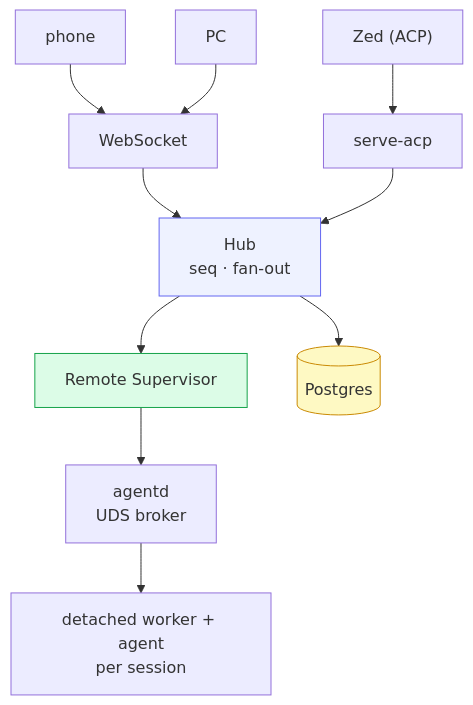
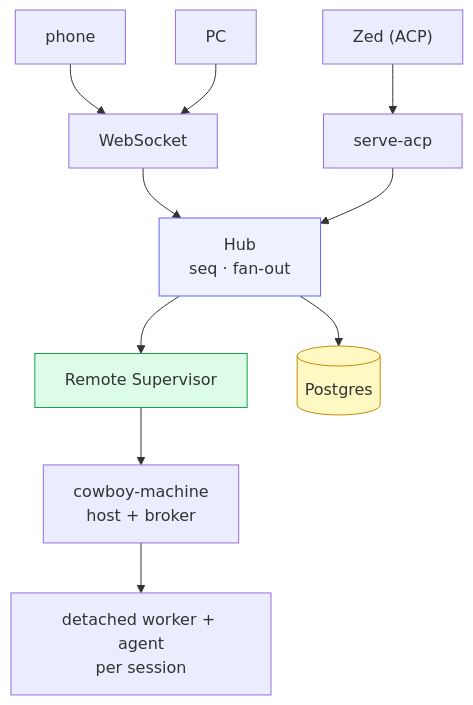
Before and after one commit to dravengarden/cowboy: the first of 2 diagrams in docs/architecture/00-overview.md, drawn with Mermaid. The commit also changed other lines of this file and 22 other files, not shown here.

````diff
--- a/docs/architecture/00-overview.md
+++ b/docs/architecture/00-overview.md
@@ -36,16 +36,16 @@
 ```mermaid
 flowchart TB
     PH["phone"] --> WS
     PC["PC"] --> WS
     ZED["Zed (ACP)"] --> ACPF["serve-acp"]
     WS["WebSocket"] --> HUB
     ACPF --> HUB
     HUB["Hub<br/>seq · fan-out"] --> SUP["Remote Supervisor"]
     HUB --> PG[("Postgres")]
-    SUP --> AD["agentd<br/>UDS broker"]
-    AD --> AG["detached worker + agent<br/>per session"]
+    SUP --> MH["cowboy-machine<br/>host + broker"]
+    MH --> AG["detached worker + agent<br/>per session"]
 
     style HUB fill:#eef2ff,stroke:#6366f1
     style SUP fill:#dcfce7,stroke:#16a34a
     style PG fill:#fef9c3,stroke:#ca8a04
 ```
````
